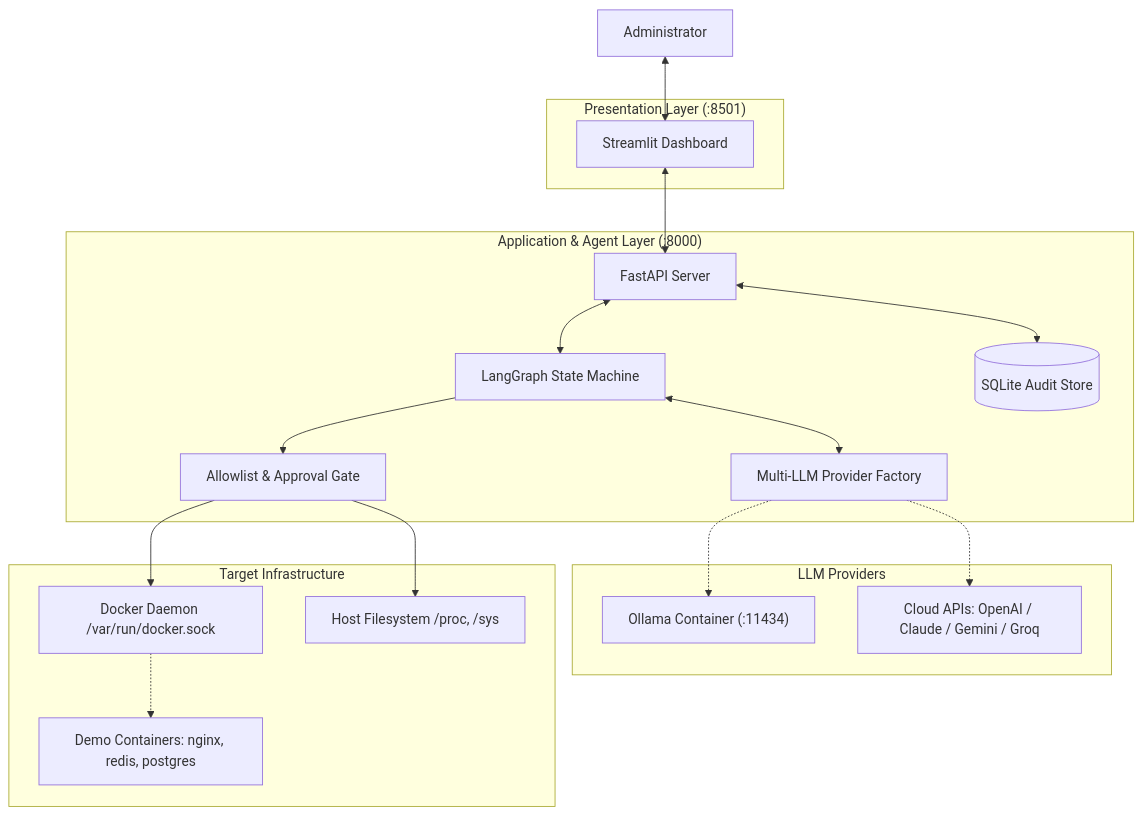
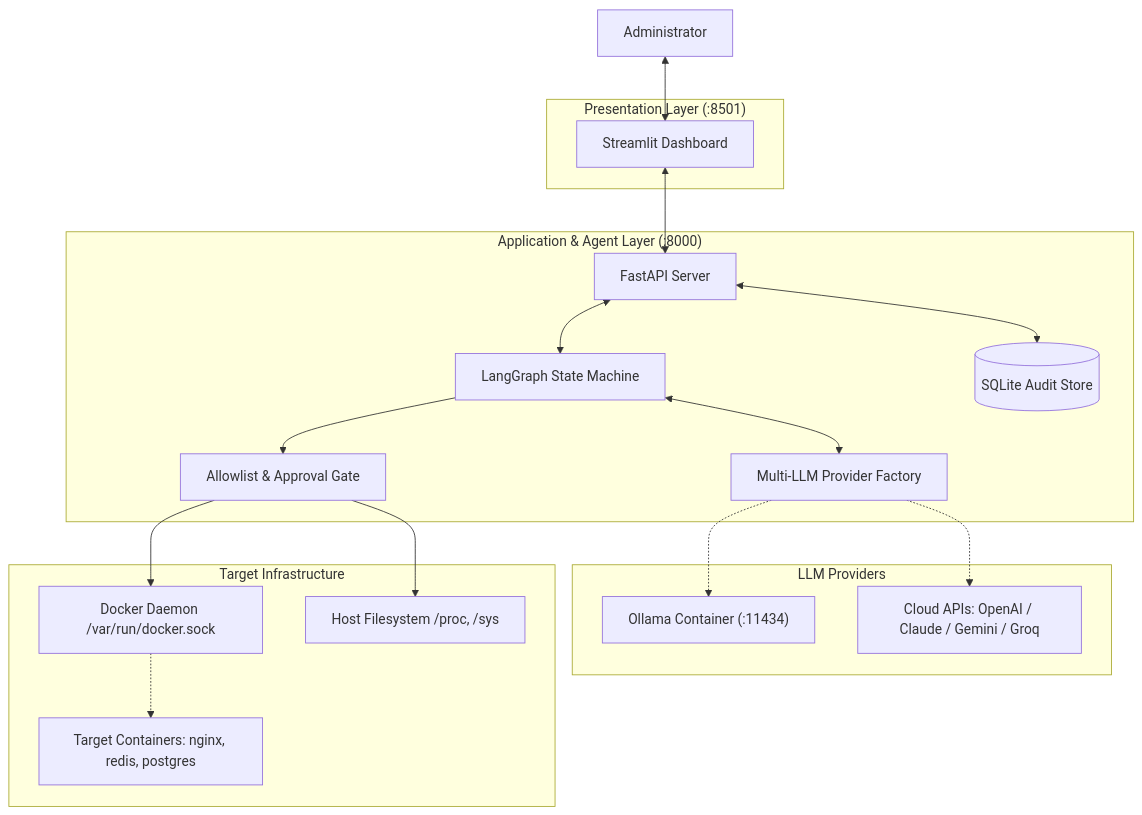
Before and after one commit to awenmirasol234/sysadmin-ai-agent: the diagram in README.md, drawn with Mermaid. The commit also changed other lines of this file and 8 other files, not shown here.

Commit message:
refactor: remove demo terminology and rename targets to production names

````diff
--- a/README.md
+++ b/README.md
@@ -23,39 +23,39 @@
 ```mermaid
 flowchart TB
     ADMIN[Administrator]
 
     subgraph PRESENTATION["Presentation Layer (:8501)"]
         UI[Streamlit Dashboard]
     end
 
     subgraph BACKEND["Application & Agent Layer (:8000)"]
         API[FastAPI Server]
         GRAPH[LangGraph State Machine]
         FACTORY[Multi-LLM Provider Factory]
         SECURITY[Allowlist & Approval Gate]
         DB[(SQLite Audit Store)]
     end
 
     subgraph LLM_PROVIDERS["LLM Providers"]
         LOCAL_LLM["Ollama Container (:11434)"]
         CLOUD_LLM["Cloud APIs: OpenAI / Claude / Gemini / Groq"]
     end
 
     subgraph INFRA["Target Infrastructure"]
         DOCKER[Docker Daemon /var/run/docker.sock]
         HOST[Host Filesystem /proc, /sys]
-        DEMO[Demo Containers: nginx, redis, postgres]
+        TARGETS[Target Containers: nginx, redis, postgres]
     end
 
     ADMIN <--> UI
     UI <--> API
     API <--> GRAPH
     GRAPH <--> FACTORY
     FACTORY -.-> LOCAL_LLM
     FACTORY -.-> CLOUD_LLM
     GRAPH --> SECURITY
     SECURITY --> DOCKER
     SECURITY --> HOST
-    DOCKER -.-> DEMO
+    DOCKER -.-> TARGETS
     API <--> DB
 ```
````
